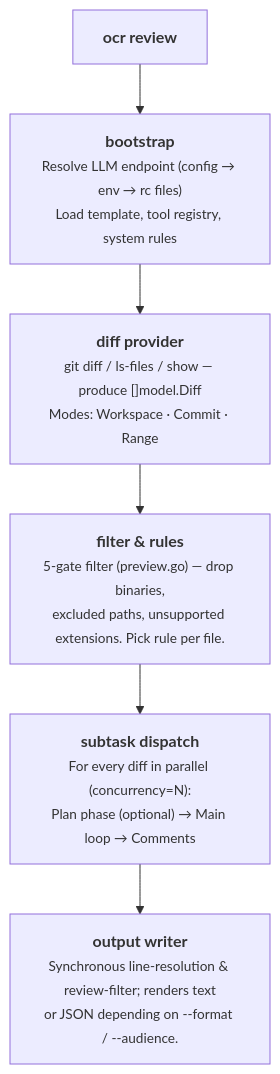
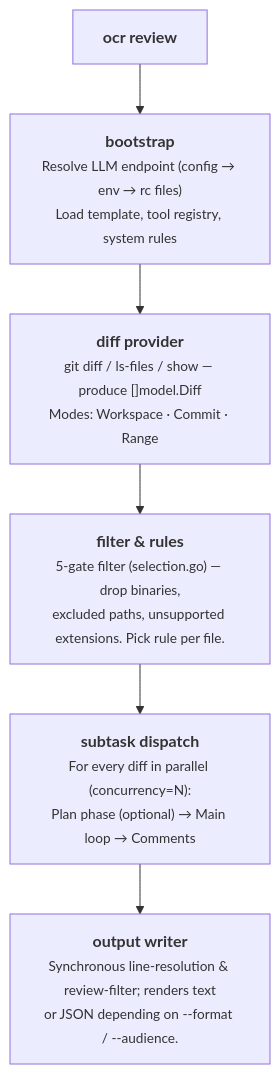
Before and after one commit to alibaba/open-code-review: the first of 2 diagrams in pages/src/content/docs/en/architecture.md, drawn with Mermaid. The commit also changed other lines of this file and 30 other files, not shown here.

````diff
--- a/pages/src/content/docs/en/architecture.md
+++ b/pages/src/content/docs/en/architecture.md
@@ -14,11 +14,11 @@
 ```mermaid
 flowchart TD
     A["<b>ocr review</b>"]
     B["<b>bootstrap</b><br/><span style='font-size:0.85em'>Resolve LLM endpoint (config → env → rc files)<br/>Load template, tool registry, system rules</span>"]
     C["<b>diff provider</b><br/><span style='font-size:0.85em'>git diff / ls-files / show — produce []model.Diff<br/>Modes: Workspace · Commit · Range</span>"]
-    D["<b>filter & rules</b><br/><span style='font-size:0.85em'>5-gate filter (preview.go) — drop binaries,<br/>excluded paths, unsupported extensions. Pick rule per file.</span>"]
+    D["<b>filter & rules</b><br/><span style='font-size:0.85em'>5-gate filter (selection.go) — drop binaries,<br/>excluded paths, unsupported extensions. Pick rule per file.</span>"]
     E["<b>subtask dispatch</b><br/><span style='font-size:0.85em'>For every diff in parallel (concurrency=N):<br/>Plan phase (optional) → Main loop → Comments</span>"]
     F["<b>output writer</b><br/><span style='font-size:0.85em'>Synchronous line-resolution & review-filter; renders text<br/>or JSON depending on --format / --audience.</span>"]
 
     A --> B --> C --> D --> E --> F
 ```
````
